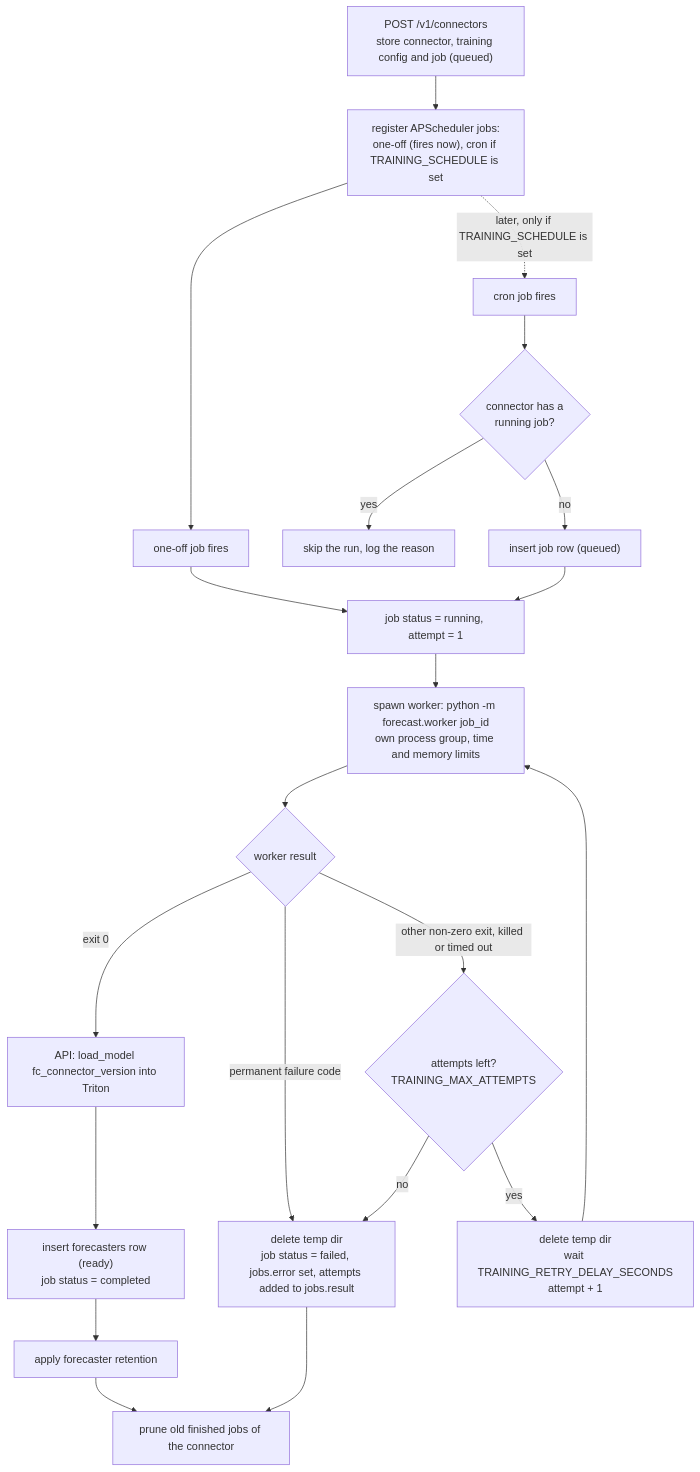
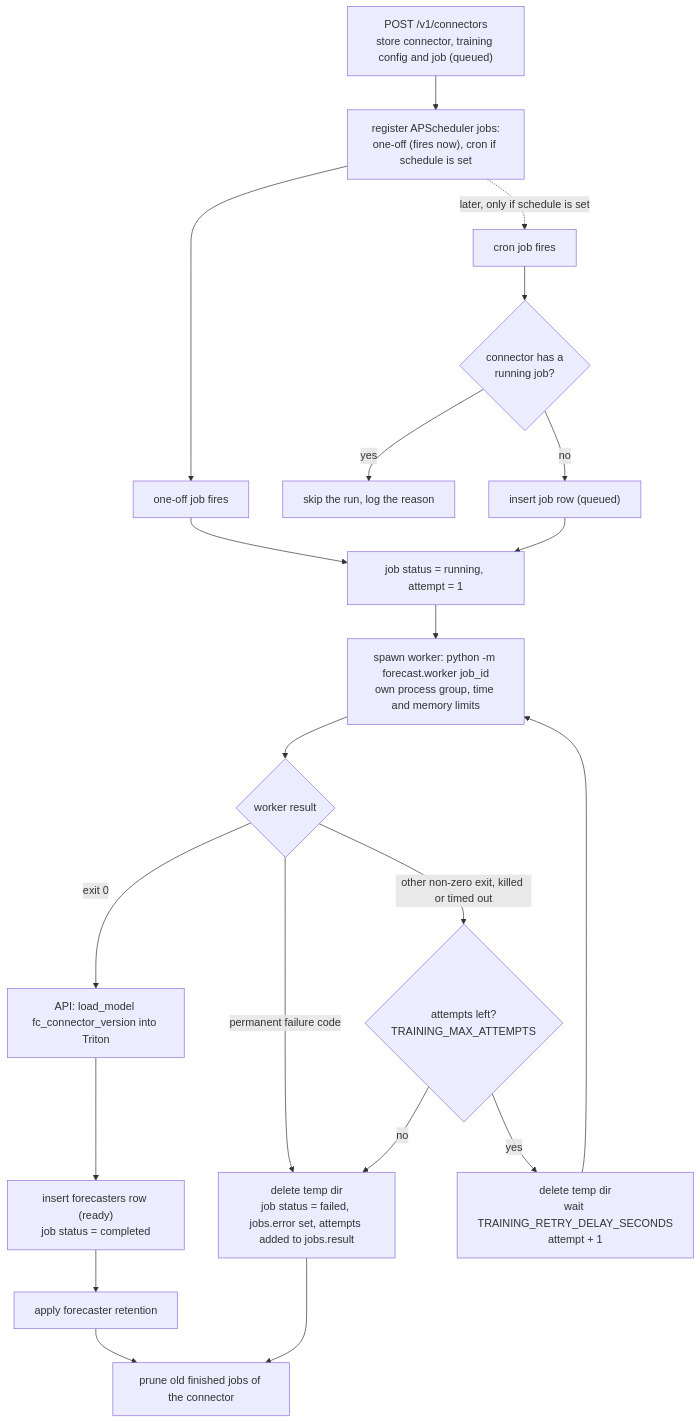
The first of 4 diagrams in docs/proposals/forecast_service_proposal.md (IBM/project-ai-services), drawn with Mermaid before and after one commit. The commit also changed other lines of this file, not shown here.

````diff
--- a/docs/proposals/forecast_service_proposal.md
+++ b/docs/proposals/forecast_service_proposal.md
@@ -106,27 +107,27 @@
 ```mermaid
 flowchart TD
-    POST["POST /v1/connectors<br/>store connector, training config and job (queued)"] --> REG["register APScheduler jobs:<br/>one-off (fires now), cron if TRAINING_SCHEDULE is set"]
+    POST["POST /v1/connectors<br/>store connector, training config and job (queued)"] --> REG["register APScheduler jobs:<br/>one-off (fires now), cron if schedule is set"]
     REG --> ONE["one-off job fires"]
-    REG -.->|"later, only if TRAINING_SCHEDULE is set"| CRON["cron job fires"]
+    REG -.->|"later, only if schedule is set"| CRON["cron job fires"]
 
     CRON --> ACTIVE{"connector has a<br/>running job?"}
     ACTIVE -- yes --> SKIP["skip the run, log the reason"]
     ACTIVE -- no --> INS["insert job row (queued)"]
 
     ONE --> RUN
     INS --> RUN["job status = running, attempt = 1"]
     RUN --> SPAWN["spawn worker: python -m forecast.worker job_id<br/>own process group, time and memory limits"]
     SPAWN --> EXIT{"worker result"}
 
     EXIT -- "exit 0" --> LOAD["API: load_model fc_connector_version into Triton"]
     LOAD --> REC["insert forecasters row (ready)<br/>job status = completed"]
     REC --> RET["apply forecaster retention"]
     RET --> PRUNE
 
     EXIT -- "permanent failure code" --> FAIL
     EXIT -- "other non-zero exit, killed or timed out" --> MORE{"attempts left?<br/>TRAINING_MAX_ATTEMPTS"}
     MORE -- yes --> WAIT["delete temp dir<br/>wait TRAINING_RETRY_DELAY_SECONDS<br/>attempt + 1"]
     WAIT --> SPAWN
     MORE -- no --> FAIL["delete temp dir<br/>job status = failed, jobs.error set, attempts added to jobs.result"]
     FAIL --> PRUNE["prune old finished jobs of the connector"]
 ```
````
